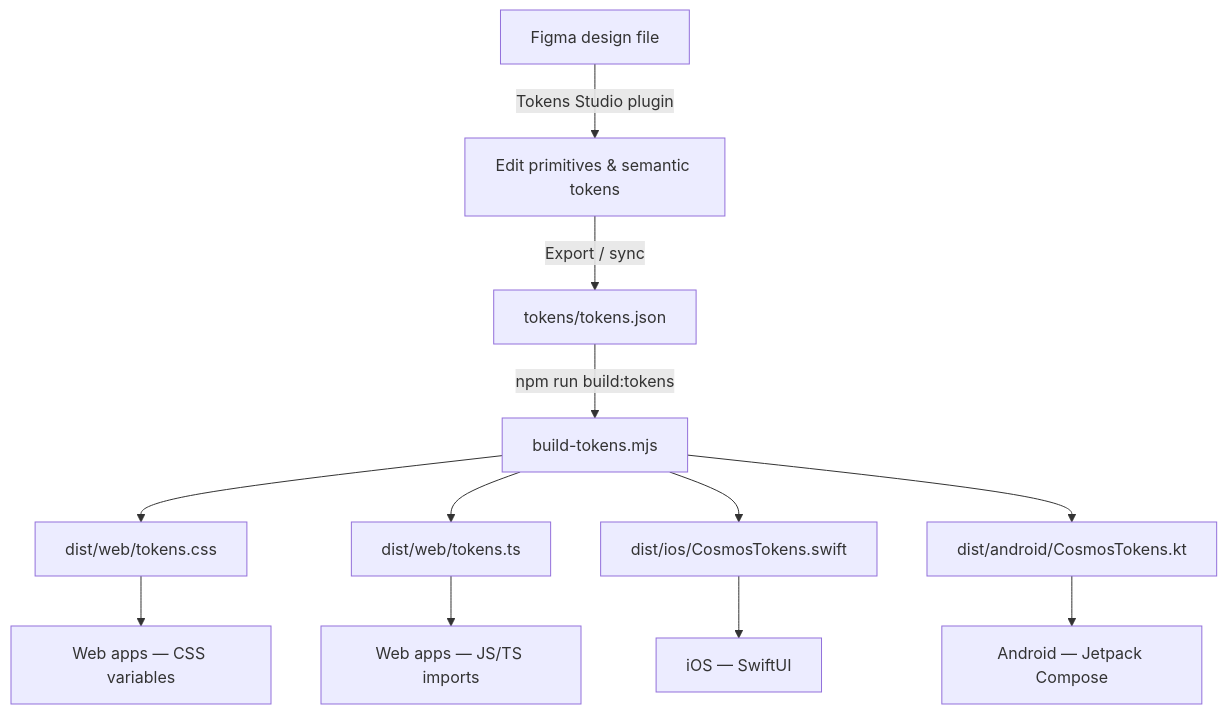
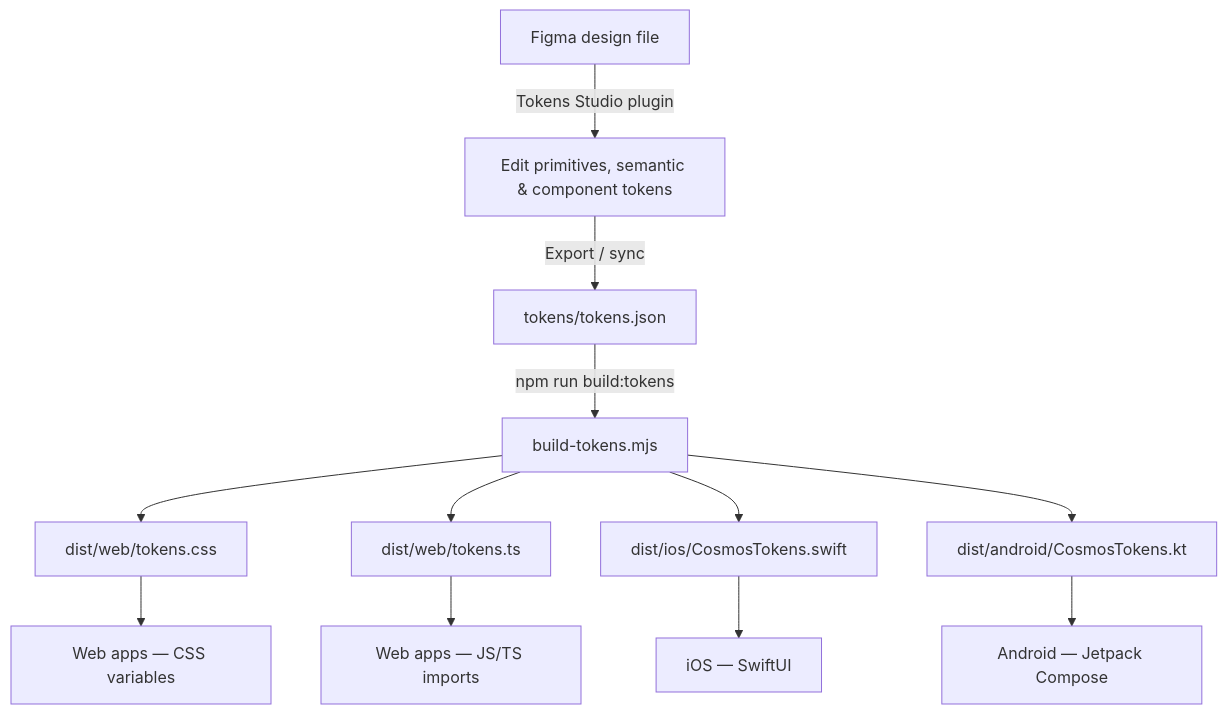
The diagram in README.md (ivineel11/mmt-cosmos-design-tokens), drawn with Mermaid before and after one commit. The commit also changed other lines of this file, not shown here.

````diff
--- a/README.md
+++ b/README.md
@@ -25,14 +25,14 @@
 ```mermaid
 flowchart TD
-  A[Figma design file] -->|Tokens Studio plugin| B[Edit primitives & semantic tokens]
+  A[Figma design file] -->|Tokens Studio plugin| B[Edit primitives, semantic & component tokens]
   B -->|Export / sync| C["tokens/tokens.json"]
   C -->|npm run build:tokens| D[build-tokens.mjs]
   D --> E1[dist/web/tokens.css]
   D --> E2[dist/web/tokens.ts]
   D --> E3[dist/ios/CosmosTokens.swift]
   D --> E4[dist/android/CosmosTokens.kt]
   E1 --> F1[Web apps — CSS variables]
   E2 --> F2[Web apps — JS/TS imports]
   E3 --> F3[iOS — SwiftUI]
   E4 --> F4[Android — Jetpack Compose]
 ```
````
